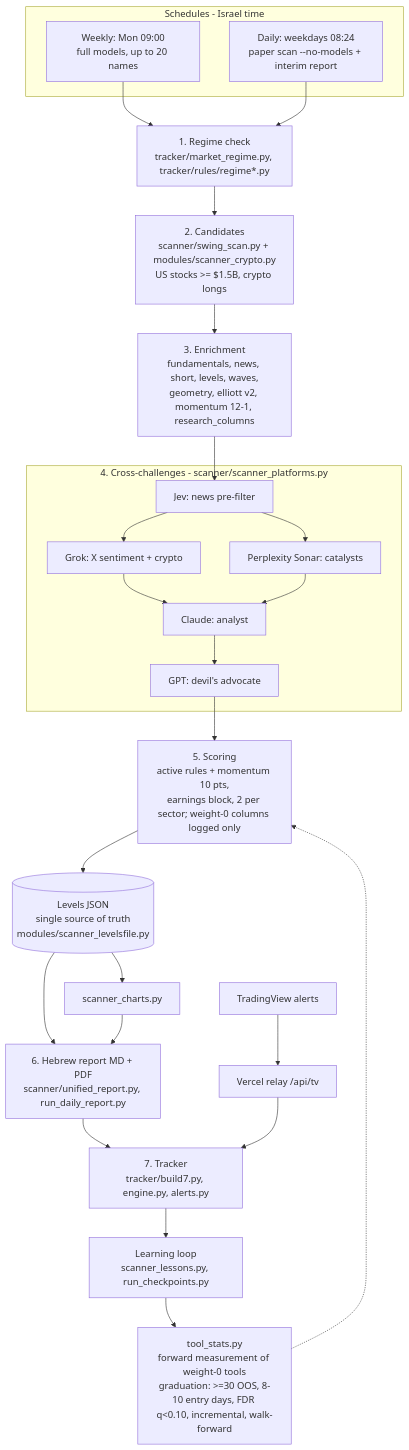
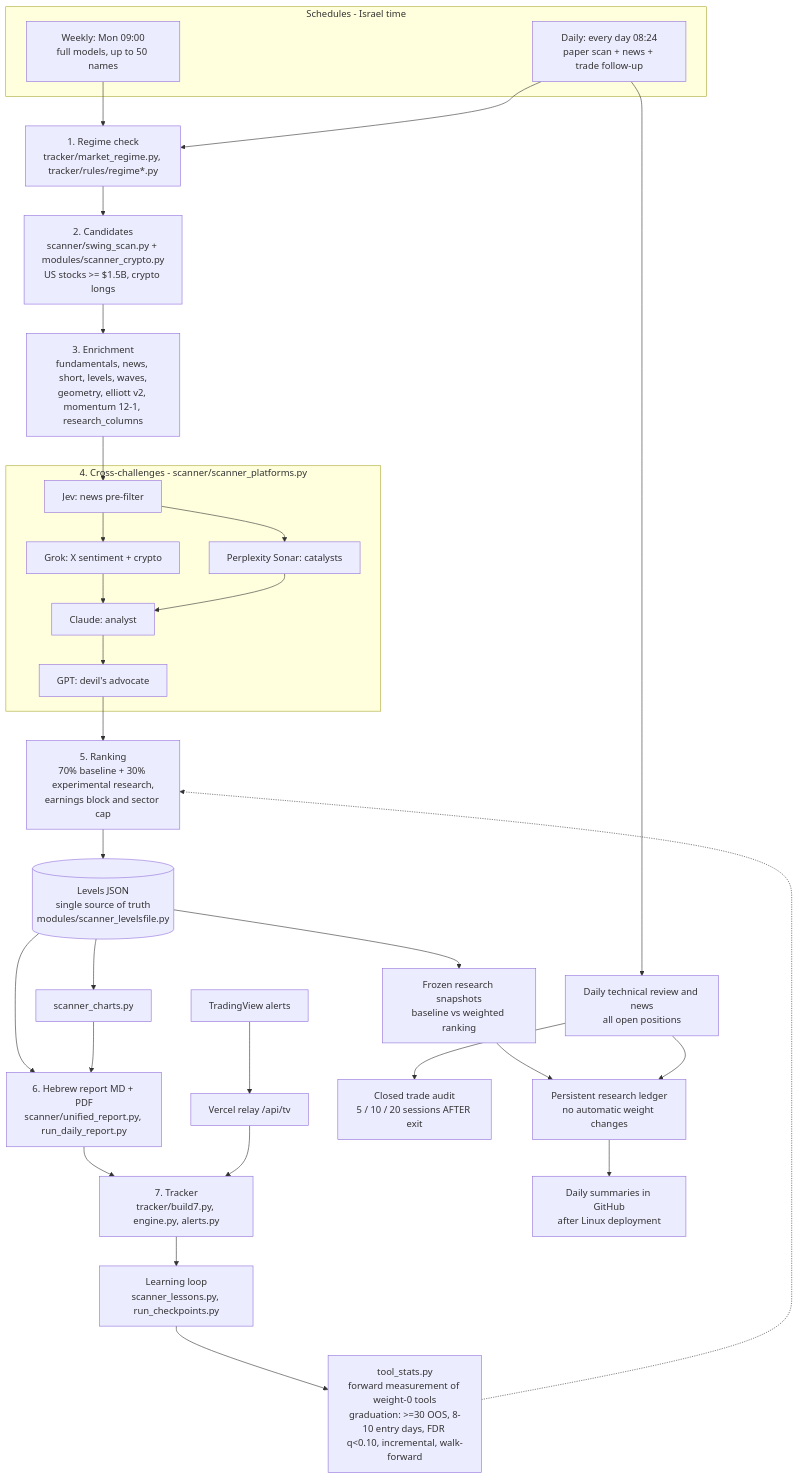
One commit to perezami-arch/stock-scanner changed the diagram in ARCHITECTURE.md. Above: the diagram before and after it, drawn with Mermaid. The commit also changed other lines of this file and 43 other files, not shown here.

Commit message:
Integrate Gann-Tekunah research, weekly 50 and daily trade lifecycle review

````diff
--- a/ARCHITECTURE.md
+++ b/ARCHITECTURE.md
@@ -3,29 +3,35 @@
 ```mermaid
 flowchart TD
     subgraph SCHED[Schedules - Israel time]
-        W[Weekly: Mon 09:00<br/>full models, up to 20 names]
-        D[Daily: weekdays 08:24<br/>paper scan --no-models + interim report]
+        W[Weekly: Mon 09:00<br/>full models, up to 50 names]
+        D[Daily: every day 08:24<br/>paper scan + news + trade follow-up]
     end
     W --> R
     D --> R
     R[1. Regime check<br/>tracker/market_regime.py, tracker/rules/regime*.py] --> C
     C[2. Candidates<br/>scanner/swing_scan.py + modules/scanner_crypto.py<br/>US stocks >= $1.5B, crypto longs] --> E
     E[3. Enrichment<br/>fundamentals, news, short, levels, waves,<br/>geometry, elliott v2, momentum 12-1, research_columns] --> J
     subgraph PLAT[4. Cross-challenges - scanner/scanner_platforms.py]
         J[Jev: news pre-filter] --> G[Grok: X sentiment + crypto]
         J --> P[Perplexity Sonar: catalysts]
         G --> CL[Claude: analyst]
         P --> CL
         CL --> GPT[GPT: devil's advocate]
     end
     GPT --> S
-    S[5. Scoring<br/>active rules + momentum 10 pts,<br/>earnings block, 2 per sector; weight-0 columns logged only] --> L
+    S[5. Ranking<br/>70% baseline + 30% experimental research,<br/>earnings block and sector cap] --> L
     L[(Levels JSON<br/>single source of truth<br/>modules/scanner_levelsfile.py)] --> REP
     REP[6. Hebrew report MD + PDF<br/>scanner/unified_report.py, run_daily_report.py] --> T
     L --> CH[scanner_charts.py]
     CH --> REP
     T[7. Tracker<br/>tracker/build7.py, engine.py, alerts.py] --> LL
     LL[Learning loop<br/>scanner_lessons.py, run_checkpoints.py] --> TS
     TS[tool_stats.py<br/>forward measurement of weight-0 tools<br/>graduation: >=30 OOS, 8-10 entry days, FDR q<0.10, incremental, walk-forward] -.-> S
     TV[TradingView alerts] --> RELAY[Vercel relay /api/tv] --> T
+    L --> FR[Frozen research snapshots<br/>baseline vs weighted ranking]
+    D --> DAILY[Daily technical review and news<br/>all open positions]
+    DAILY --> POST[Closed trade audit<br/>5 / 10 / 20 sessions AFTER exit]
+    FR --> RL[Persistent research ledger<br/>no automatic weight changes]
+    DAILY --> RL
+    RL --> GH[Daily summaries in GitHub<br/>after Linux deployment]
 ```
````
